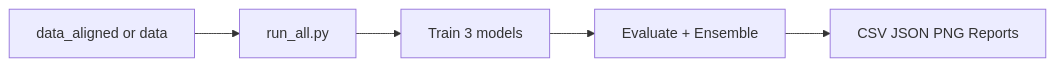
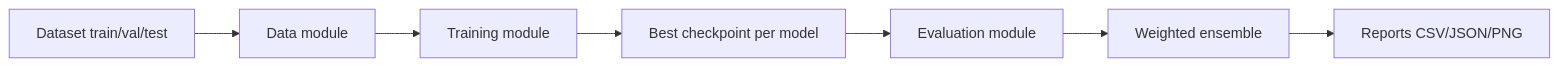
The diagram in README.md (Khoidep-zai/BigData_Vaipe), drawn with Mermaid before and after one commit. The commit also changed other lines of this file and 2 other files, not shown here.

````diff
--- a/README.md
+++ b/README.md
@@ -33,7 +61,9 @@
 ```mermaid
 flowchart LR
-  A[data_aligned or data] --> B[run_all.py]
-  B --> C[Train 3 models]
-  C --> D[Evaluate + Ensemble]
-  D --> E[CSV JSON PNG Reports]
+  A[Dataset train/val/test] --> B[Data module]
+  B --> C[Training module]
+  C --> D[Best checkpoint per model]
+  D --> E[Evaluation module]
+  E --> F[Weighted ensemble]
+  F --> G[Reports CSV/JSON/PNG]
 ```
````
